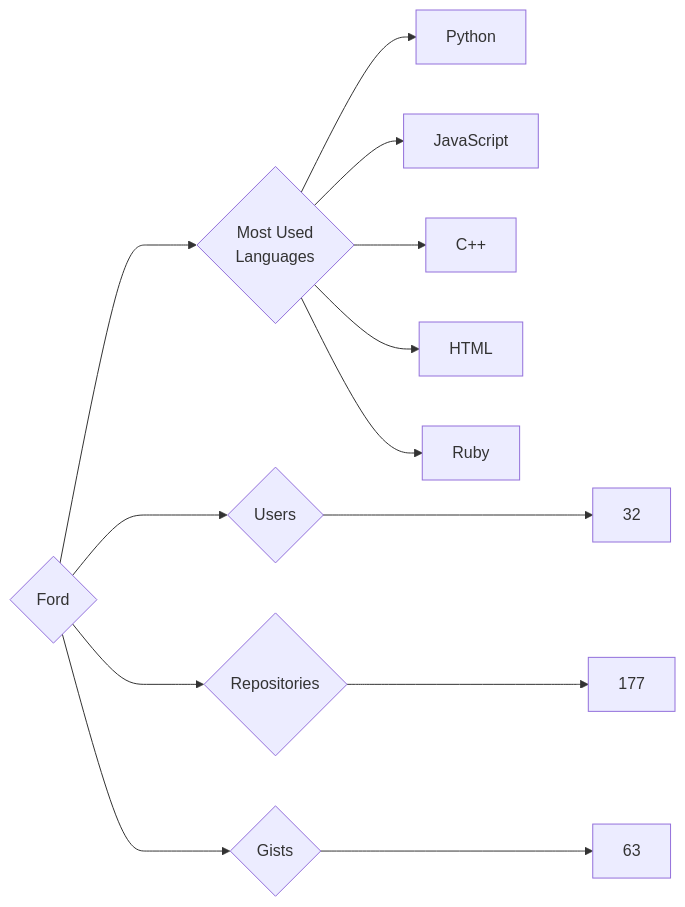
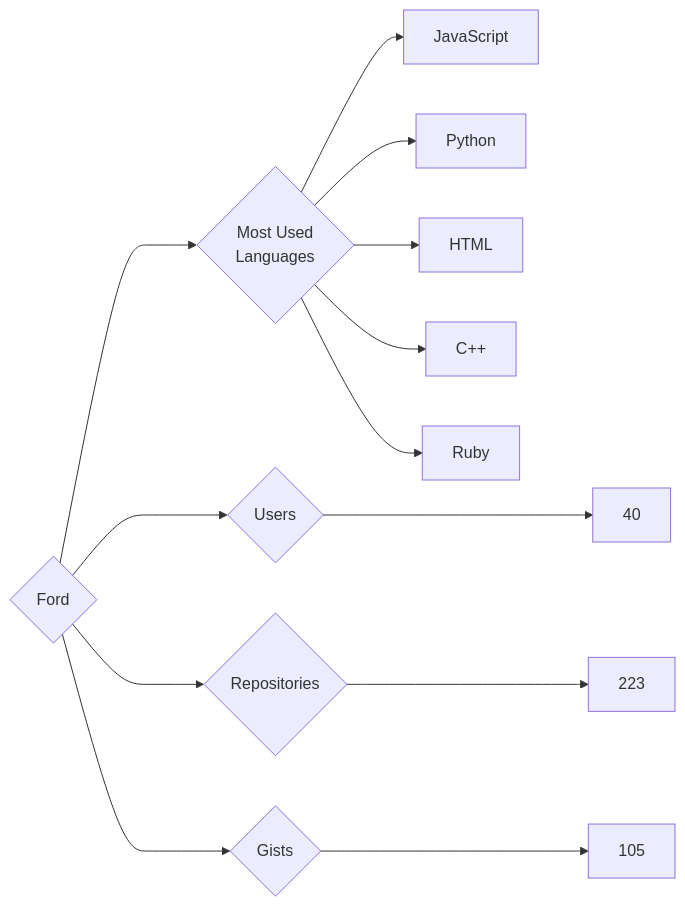
One commit to trickest/insiders changed the diagram in targets/Ford/README.md. Above: the diagram before and after it, drawn with Mermaid. The commit also changed 681 other files, not shown here.

````diff
--- a/targets/Ford/README.md
+++ b/targets/Ford/README.md
@@ -3,13 +3,13 @@
 ```mermaid
 graph LR
 COMPANY_NAME{Ford}
-COMPANY_NAME ---> U{Users} ---> UN[32]
-COMPANY_NAME ---> R{Repositories} ---> RN[177]
-COMPANY_NAME ---> G{Gists} ---> GN[63]
+COMPANY_NAME ---> U{Users} ---> UN[40]
+COMPANY_NAME ---> R{Repositories} ---> RN[223]
+COMPANY_NAME ---> G{Gists} ---> GN[105]
 COMPANY_NAME ---> ML{Most Used<br>Languages}
+ML --> JavaScript[JavaScript]
 ML --> Python[Python]
-ML --> JavaScript[JavaScript]
+ML --> HTML[HTML]
 ML --> C++[C++]
-ML --> HTML[HTML]
 ML --> Ruby[Ruby]
 ```
````
